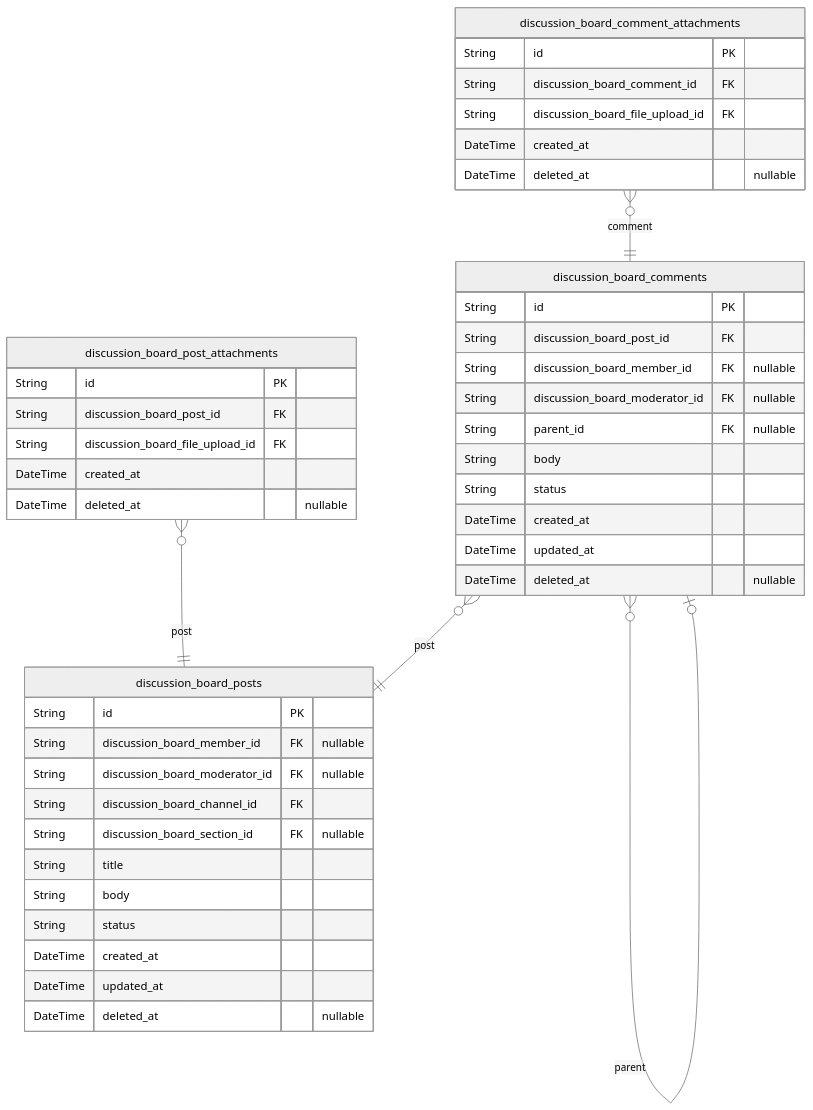
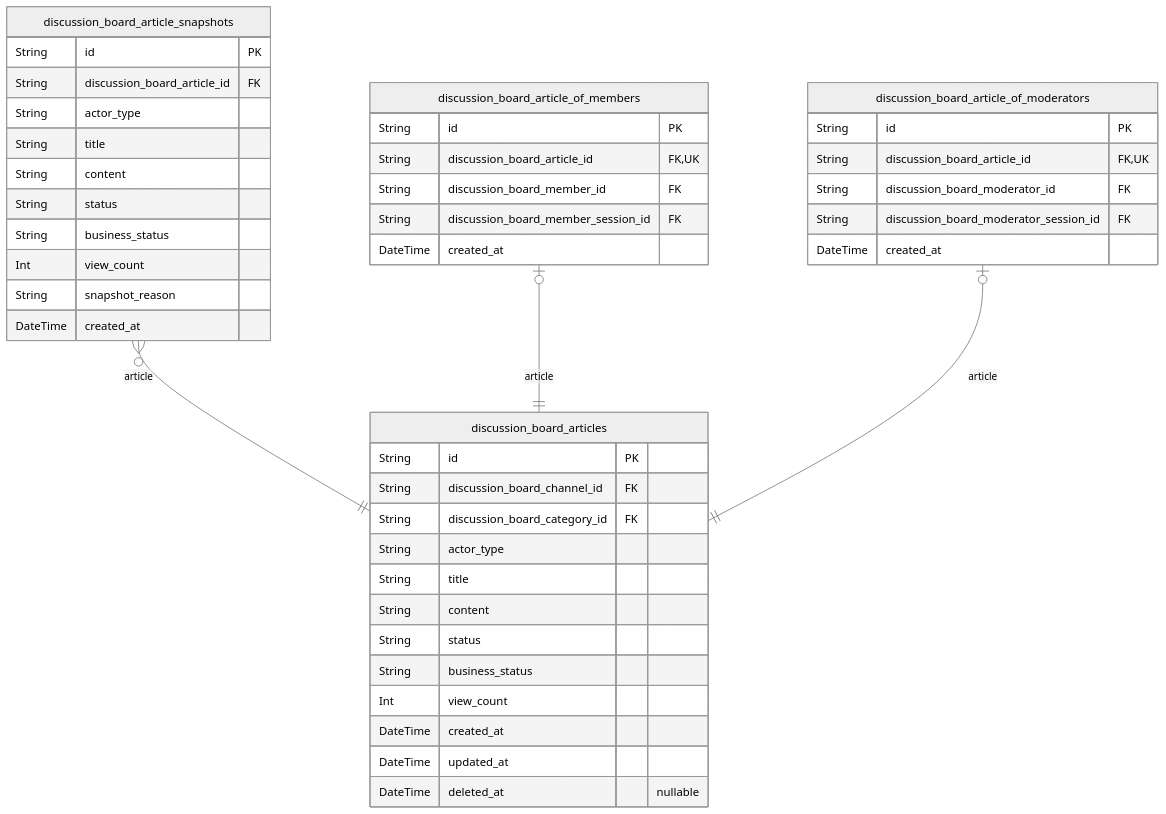
One commit to wrtnlabs/autobe-examples changed the third of 6 diagrams in deepseek/deepseek-v3.1-terminus-exacto/bbs/docs/ERD.md. Above: the diagram before and after it, drawn with Mermaid (neutral theme). The commit also changed other lines of this file and 22498 other files, not shown here.

````diff
--- a/deepseek/deepseek-v3.1-terminus-exacto/bbs/docs/ERD.md
+++ b/deepseek/deepseek-v3.1-terminus-exacto/bbs/docs/ERD.md
@@ -318,46 +444,46 @@
 ```mermaid
 erDiagram
-"discussion_board_posts" {
+"discussion_board_articles" {
   String id PK
-  String discussion_board_member_id FK "nullable"
-  String discussion_board_moderator_id FK "nullable"
   String discussion_board_channel_id FK
-  String discussion_board_section_id FK "nullable"
+  String discussion_board_category_id FK
+  String actor_type
   String title
-  String body
+  String content
   String status
+  String business_status
+  Int view_count
   DateTime created_at
   DateTime updated_at
   DateTime deleted_at "nullable"
 }
-"discussion_board_post_attachments" {
+"discussion_board_article_snapshots" {
   String id PK
-  String discussion_board_post_id FK
-  String discussion_board_file_upload_id FK
+  String discussion_board_article_id FK
+  String actor_type
+  String title
+  String content
+  String status
+  String business_status
+  Int view_count
+  String snapshot_reason
   DateTime created_at
-  DateTime deleted_at "nullable"
 }
-"discussion_board_comments" {
+"discussion_board_article_of_members" {
   String id PK
-  String discussion_board_post_id FK
-  String discussion_board_member_id FK "nullable"
-  String discussion_board_moderator_id FK "nullable"
-  String parent_id FK "nullable"
-  String body
-  String status
+  String discussion_board_article_id FK,UK
+  String discussion_board_member_id FK
+  String discussion_board_member_session_id FK
   DateTime created_at
-  DateTime updated_at
-  DateTime deleted_at "nullable"
 }
-"discussion_board_comment_attachments" {
+"discussion_board_article_of_moderators" {
   String id PK
-  String discussion_board_comment_id FK
-  String discussion_board_file_upload_id FK
+  String discussion_board_article_id FK,UK
+  String discussion_board_moderator_id FK
+  String discussion_board_moderator_session_id FK
   DateTime created_at
-  DateTime deleted_at "nullable"
 }
-"discussion_board_post_attachments" }o--|| "discussion_board_posts" : post
-"discussion_board_comments" }o--|| "discussion_board_posts" : post
-"discussion_board_comments" }o--o| "discussion_board_comments" : parent
-"discussion_board_comment_attachments" }o--|| "discussion_board_comments" : comment
+"discussion_board_article_snapshots" }o--|| "discussion_board_articles" : article
+"discussion_board_article_of_members" |o--|| "discussion_board_articles" : article
+"discussion_board_article_of_moderators" |o--|| "discussion_board_articles" : article
 ```
````
